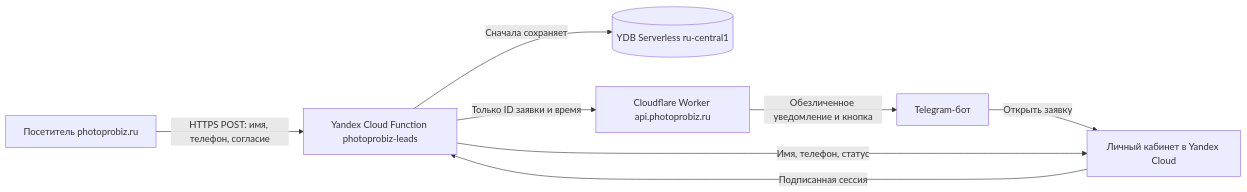
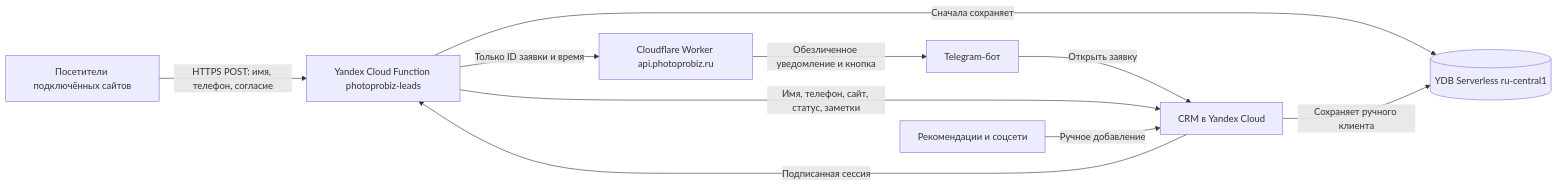
Before and after one commit to kuznetsovphotographer-prog/photoprobiz: the first of 2 diagrams in PROJECT-STATUS.md, drawn with Mermaid. The commit also changed other lines of this file and 9 other files, not shown here.

````diff
--- a/PROJECT-STATUS.md
+++ b/PROJECT-STATUS.md
@@ -23,10 +23,12 @@
 ```mermaid
 flowchart LR
-    A[Посетитель photoprobiz.ru] -->|HTTPS POST: имя, телефон, согласие| B[Yandex Cloud Function photoprobiz-leads]
+    A[Посетители подключённых сайтов] -->|HTTPS POST: имя, телефон, согласие| B[Yandex Cloud Function photoprobiz-leads]
     B -->|Сначала сохраняет| C[(YDB Serverless ru-central1)]
     B -->|Только ID заявки и время| D[Cloudflare Worker api.photoprobiz.ru]
     D -->|Обезличенное уведомление и кнопка| E[Telegram-бот]
-    E -->|Открыть заявку| F[Личный кабинет в Yandex Cloud]
+    E -->|Открыть заявку| F[CRM в Yandex Cloud]
     F -->|Подписанная сессия| B
-    B -->|Имя, телефон, статус| F
+    B -->|Имя, телефон, сайт, статус, заметки| F
+    G[Рекомендации и соцсети] -->|Ручное добавление| F
+    F -->|Сохраняет ручного клиента| C
 ```
````
